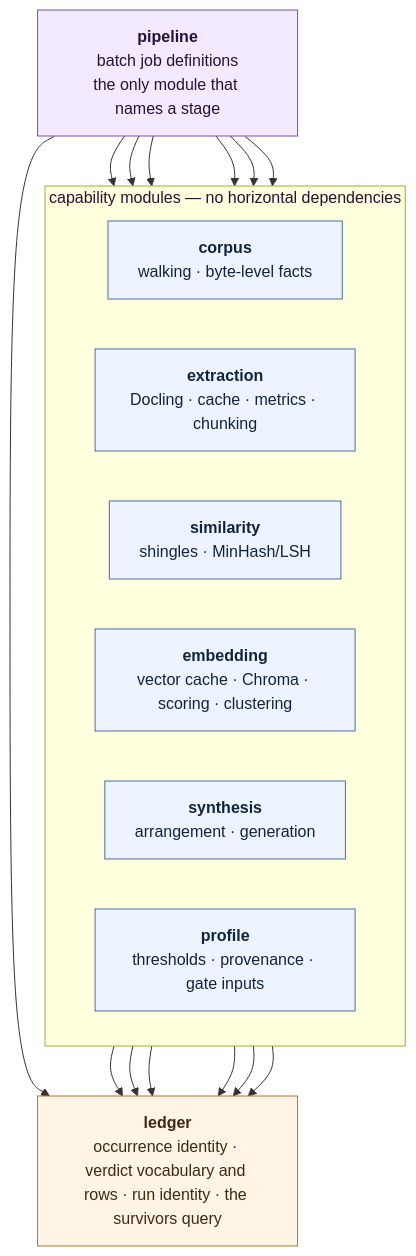
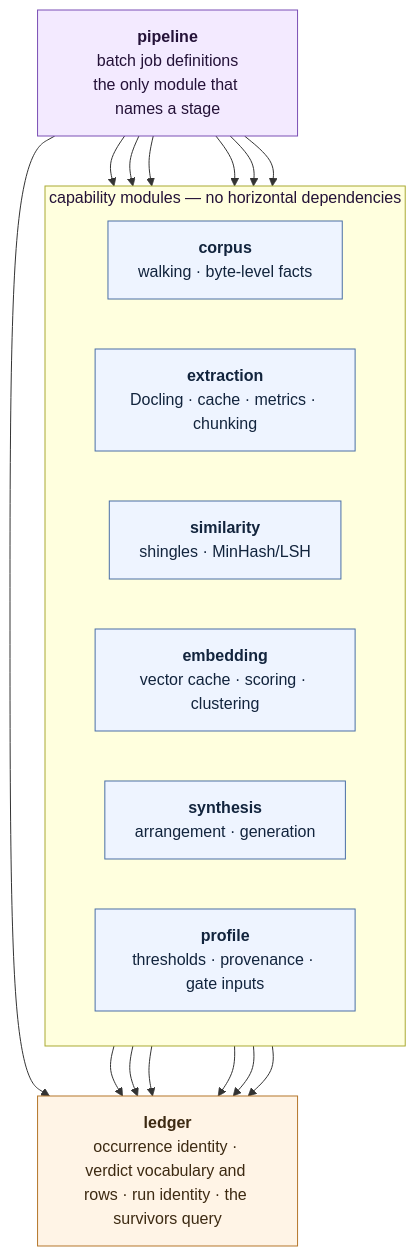
The fourth of 6 diagrams in docs/architecture.md (algernon28/vespera), drawn with Mermaid before and after one commit. The commit also changed other lines of this file and 37 other files, not shown here.

````diff
--- a/docs/architecture.md
+++ b/docs/architecture.md
@@ -186,38 +186,38 @@
 ```mermaid
 flowchart TD
     PIPELINE["<b>pipeline</b><br/>batch job definitions<br/>the only module that names a stage"]
 
     subgraph CAPABILITIES["capability modules — no horizontal dependencies"]
         direction LR
         CORPUS["<b>corpus</b><br/>walking · byte-level facts"]
         EXTRACTION["<b>extraction</b><br/>Docling · cache · metrics · chunking"]
         SIMILARITY["<b>similarity</b><br/>shingles · MinHash/LSH"]
-        EMBEDDING["<b>embedding</b><br/>vector cache · Chroma · scoring · clustering"]
+        EMBEDDING["<b>embedding</b><br/>vector cache · scoring · clustering"]
         SYNTHESIS["<b>synthesis</b><br/>arrangement · generation"]
         PROFILE["<b>profile</b><br/>thresholds · provenance · gate inputs"]
     end
 
     LEDGER["<b>ledger</b><br/>occurrence identity · verdict vocabulary and rows · run identity · the survivors query"]
 
     PIPELINE --> CORPUS
     PIPELINE --> EXTRACTION
     PIPELINE --> SIMILARITY
     PIPELINE --> EMBEDDING
     PIPELINE --> SYNTHESIS
     PIPELINE --> PROFILE
     PIPELINE --> LEDGER
 
     CORPUS --> LEDGER
     EXTRACTION --> LEDGER
     SIMILARITY --> LEDGER
     EMBEDDING --> LEDGER
     SYNTHESIS --> LEDGER
     PROFILE --> LEDGER
 
     classDef root fill:#f3eaff,stroke:#7a4fb5,color:#241238
     classDef cap fill:#eef4ff,stroke:#4a6fa5,color:#12243d
     classDef core fill:#fff4e6,stroke:#b5762a,color:#3d2a12
     class PIPELINE root
     class CORPUS,EXTRACTION,SIMILARITY,EMBEDDING,SYNTHESIS,PROFILE cap
     class LEDGER core
 ```
````
